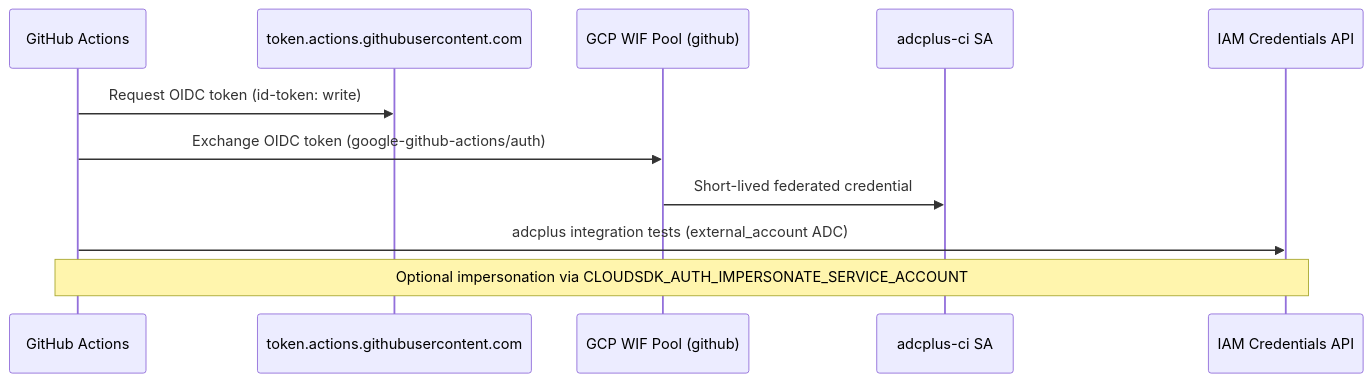
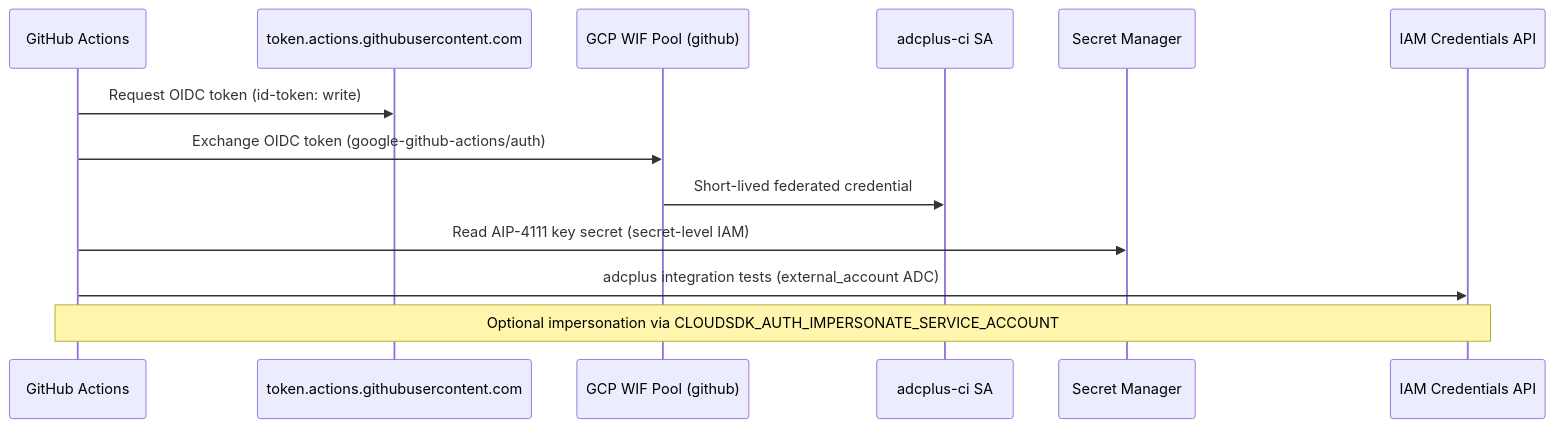
Before and after one commit to apstndb/adcplus: the diagram in docs/wif-setup.md, drawn with Mermaid. The commit also changed other lines of this file and 8 other files, not shown here.

````diff
--- a/docs/wif-setup.md
+++ b/docs/wif-setup.md
@@ -7,14 +8,16 @@
 ```mermaid
 sequenceDiagram
   participant GHA as GitHub Actions
   participant OIDC as token.actions.githubusercontent.com
   participant WIF as GCP WIF Pool (github)
   participant SA as adcplus-ci SA
+  participant SM as Secret Manager
   participant API as IAM Credentials API
 
   GHA->>OIDC: Request OIDC token (id-token: write)
   GHA->>WIF: Exchange OIDC token (google-github-actions/auth)
   WIF->>SA: Short-lived federated credential
+  GHA->>SM: Read AIP-4111 key secret (secret-level IAM)
   GHA->>API: adcplus integration tests (external_account ADC)
   Note over GHA,API: Optional impersonation via CLOUDSDK_AUTH_IMPERSONATE_SERVICE_ACCOUNT
 ```
````
